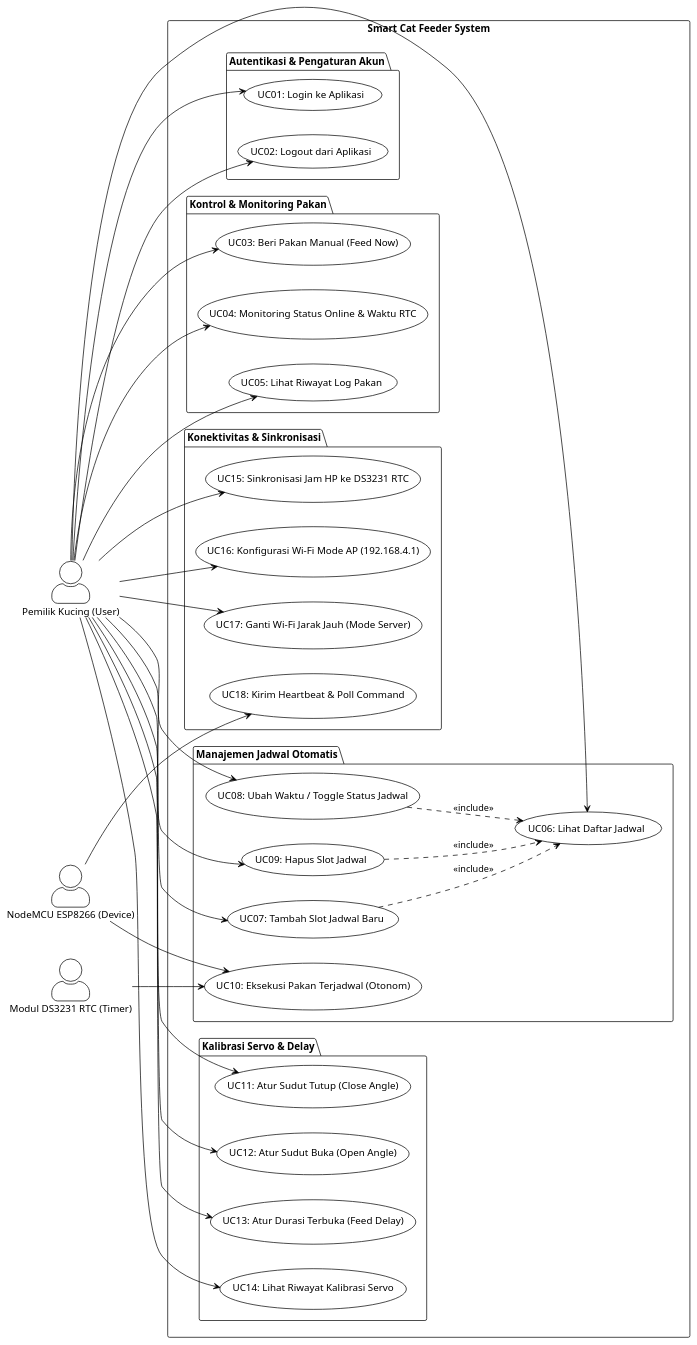
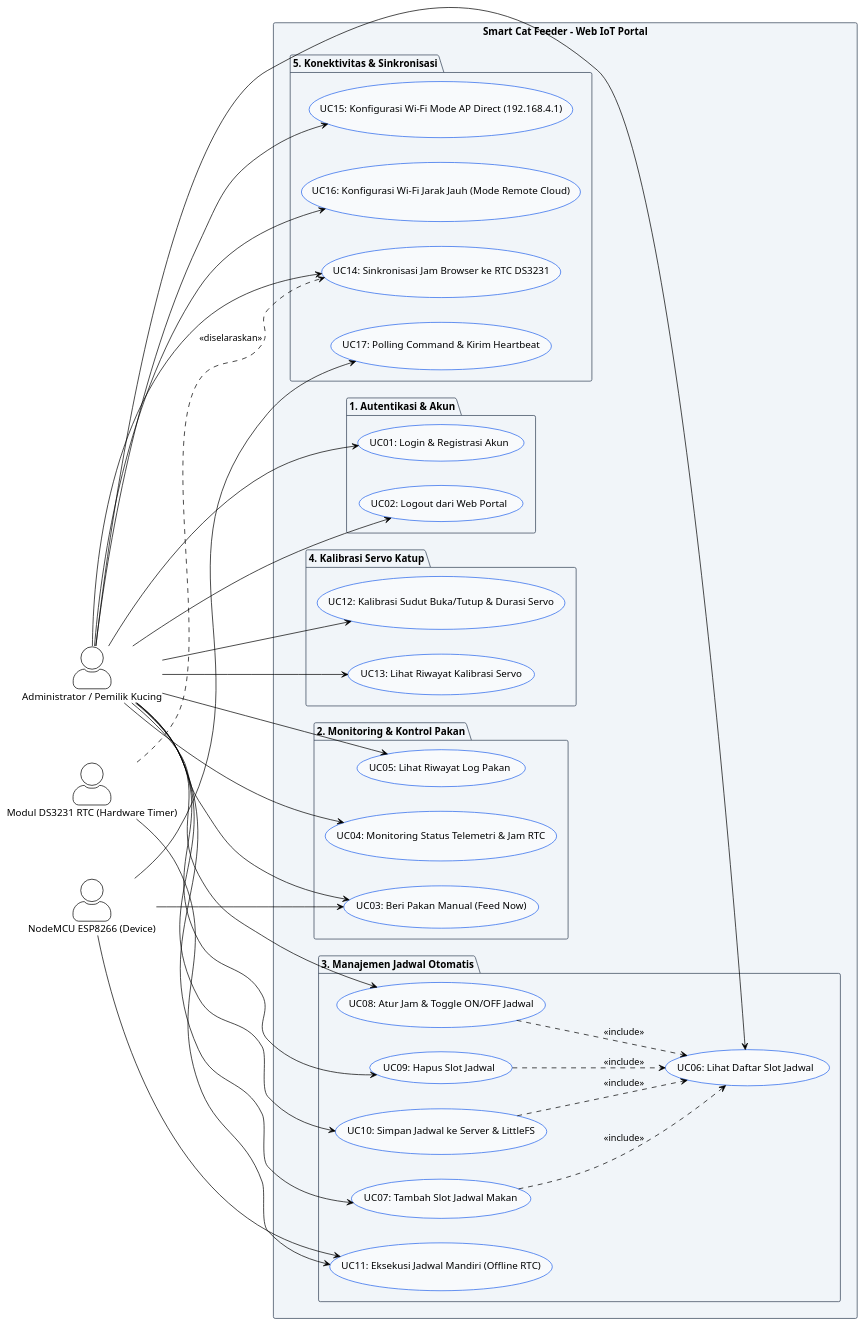
Before and after one commit to rtamaaa/cat-feeder: the diagram in docs/plantuml/02_usecase_diagram.puml, drawn with PlantUML. The commit also changed 257 other files, not shown here.

```diff
--- a/docs/plantuml/02_usecase_diagram.puml
+++ b/docs/plantuml/02_usecase_diagram.puml
@@ -1,75 +1,81 @@
 @startuml UseCase_Diagram
 !theme plain
 skinparam backgroundColor #FFFFFF
 skinparam actorStyle awesome
+skinparam usecaseBackgroundColor #F8FAFC
+skinparam usecaseBorderColor #2563EB
+skinparam packageBackgroundColor #F1F5F9
+skinparam packageBorderColor #334155
 
 left to right direction
 
-actor "Pemilik Kucing (User)" as User
+actor "Administrator / Pemilik Kucing" as User
 actor "NodeMCU ESP8266 (Device)" as Device
-actor "Modul DS3231 RTC (Timer)" as RTC
+actor "Modul DS3231 RTC (Hardware Timer)" as RTC
 
-rectangle "Smart Cat Feeder System" {
+rectangle "Smart Cat Feeder - Web IoT Portal" {
     
-    package "Autentikasi & Pengaturan Akun" {
-        usecase "UC01: Login ke Aplikasi" as UC_Login
-        usecase "UC02: Logout dari Aplikasi" as UC_Logout
+    package "1. Autentikasi & Akun" {
+        usecase "UC01: Login & Registrasi Akun" as UC_Login
+        usecase "UC02: Logout dari Web Portal" as UC_Logout
     }
     
-    package "Kontrol & Monitoring Pakan" {
+    package "2. Monitoring & Kontrol Pakan" {
         usecase "UC03: Beri Pakan Manual (Feed Now)" as UC_FeedNow
-        usecase "UC04: Monitoring Status Online & Waktu RTC" as UC_Status
+        usecase "UC04: Monitoring Status Telemetri & Jam RTC" as UC_Status
         usecase "UC05: Lihat Riwayat Log Pakan" as UC_History
     }
     
-    package "Manajemen Jadwal Otomatis" {
-        usecase "UC06: Lihat Daftar Jadwal" as UC_ViewSched
-        usecase "UC07: Tambah Slot Jadwal Baru" as UC_AddSched
-        usecase "UC08: Ubah Waktu / Toggle Status Jadwal" as UC_EditSched
+    package "3. Manajemen Jadwal Otomatis" {
+        usecase "UC06: Lihat Daftar Slot Jadwal" as UC_ViewSched
+        usecase "UC07: Tambah Slot Jadwal Makan" as UC_AddSched
+        usecase "UC08: Atur Jam & Toggle ON/OFF Jadwal" as UC_EditSched
         usecase "UC09: Hapus Slot Jadwal" as UC_DelSched
-        usecase "UC10: Eksekusi Pakan Terjadwal (Otonom)" as UC_ExecSched
+        usecase "UC10: Simpan Jadwal ke Server & LittleFS" as UC_SaveSched
+        usecase "UC11: Eksekusi Jadwal Mandiri (Offline RTC)" as UC_ExecSched
     }
     
-    package "Kalibrasi Servo & Delay" {
-        usecase "UC11: Atur Sudut Tutup (Close Angle)" as UC_SetClose
-        usecase "UC12: Atur Sudut Buka (Open Angle)" as UC_SetOpen
-        usecase "UC13: Atur Durasi Terbuka (Feed Delay)" as UC_SetDelay
-        usecase "UC14: Lihat Riwayat Kalibrasi Servo" as UC_ServoLogs
+    package "4. Kalibrasi Servo Katup" {
+        usecase "UC12: Kalibrasi Sudut Buka/Tutup & Durasi Servo" as UC_SetServo
+        usecase "UC13: Lihat Riwayat Kalibrasi Servo" as UC_ServoLogs
     }
     
-    package "Konektivitas & Sinkronisasi" {
-        usecase "UC15: Sinkronisasi Jam HP ke DS3231 RTC" as UC_SyncRTC
-        usecase "UC16: Konfigurasi Wi-Fi Mode AP (192.168.4.1)" as UC_APWifi
-        usecase "UC17: Ganti Wi-Fi Jarak Jauh (Mode Server)" as UC_SrvWifi
-        usecase "UC18: Kirim Heartbeat & Poll Command" as UC_HeartbeatPoll
+    package "5. Konektivitas & Sinkronisasi" {
+        usecase "UC14: Sinkronisasi Jam Browser ke RTC DS3231" as UC_SyncRTC
+        usecase "UC15: Konfigurasi Wi-Fi Mode AP Direct (192.168.4.1)" as UC_APWifi
+        usecase "UC16: Konfigurasi Wi-Fi Jarak Jauh (Mode Remote Cloud)" as UC_SrvWifi
+        usecase "UC17: Polling Command & Kirim Heartbeat" as UC_HeartbeatPoll
     }
 }
 
-' Hubungan User
+' Relasi Administrator / Pemilik Kucing
 User --> UC_Login
 User --> UC_Logout
 User --> UC_FeedNow
 User --> UC_Status
 User --> UC_History
 User --> UC_ViewSched
 User --> UC_AddSched
 User --> UC_EditSched
 User --> UC_DelSched
-User --> UC_SetClose
-User --> UC_SetOpen
-User --> UC_SetDelay
+User --> UC_SaveSched
+User --> UC_SetServo
 User --> UC_ServoLogs
 User --> UC_SyncRTC
 User --> UC_APWifi
 User --> UC_SrvWifi
 
-' Hubungan Device & RTC
-Device --> UC_HeartbeatPoll
-Device --> UC_ExecSched
-RTC --> UC_ExecSched
-
+' Relasi Include
 UC_AddSched ..> UC_ViewSched : <<include>>
 UC_EditSched ..> UC_ViewSched : <<include>>
 UC_DelSched ..> UC_ViewSched : <<include>>
+UC_SaveSched ..> UC_ViewSched : <<include>>
+
+' Relasi IoT Device & RTC
+Device --> UC_HeartbeatPoll
+Device --> UC_ExecSched
+Device --> UC_FeedNow
+RTC --> UC_ExecSched
+RTC ..> UC_SyncRTC : <<diselaraskan>>
 
 @enduml
```
